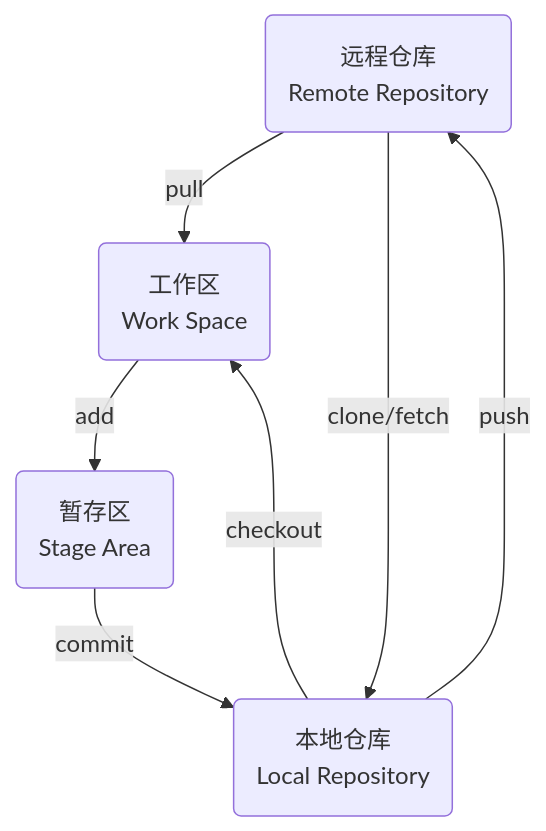
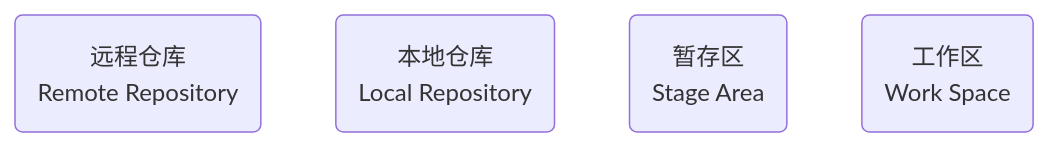
One commit to dmjcb/SelfBlog changed the first of 4 diagrams in Tool/CICD/Git/2024-09-24-Git命令.md. Above: the diagram before and after it, drawn with Mermaid. The commit also changed other lines of this file and 224 other files, not shown here.

````diff
--- a/Tool/CICD/Git/2024-09-24-Git命令.md
+++ b/Tool/CICD/Git/2024-09-24-Git命令.md
@@ -11,15 +11,9 @@
 ```mermaid
 graph TB;
     R(远程仓库<br>Remote Repository)
     L(本地仓库<br>Local Repository)
     S(暂存区<br>Stage Area)
     W(工作区<br>Work Space)
 
-    W -- add --> S
-    S -- commit --> L
-    L -- push --> R
 
-    R -- pull --> W
-    R -- clone/fetch --> L
-    L -- checkout --> W
 ```
````
